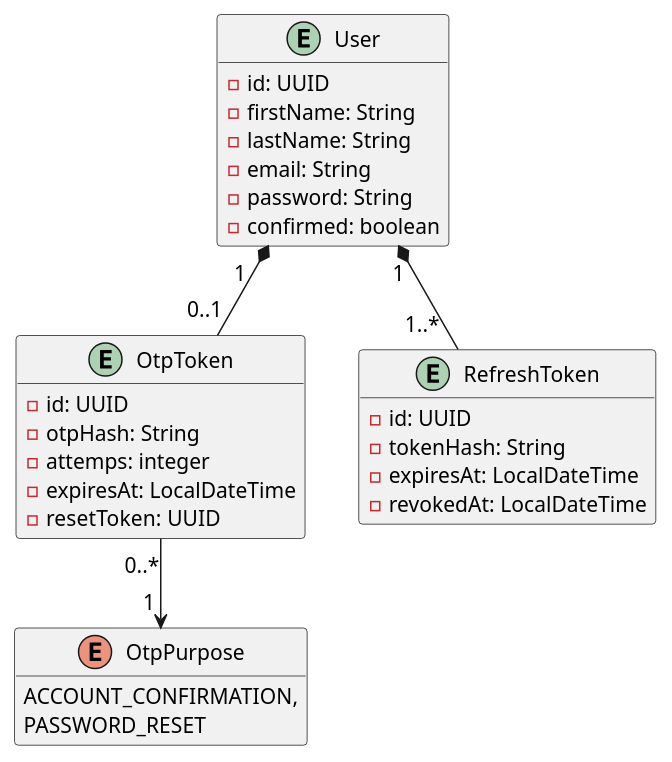
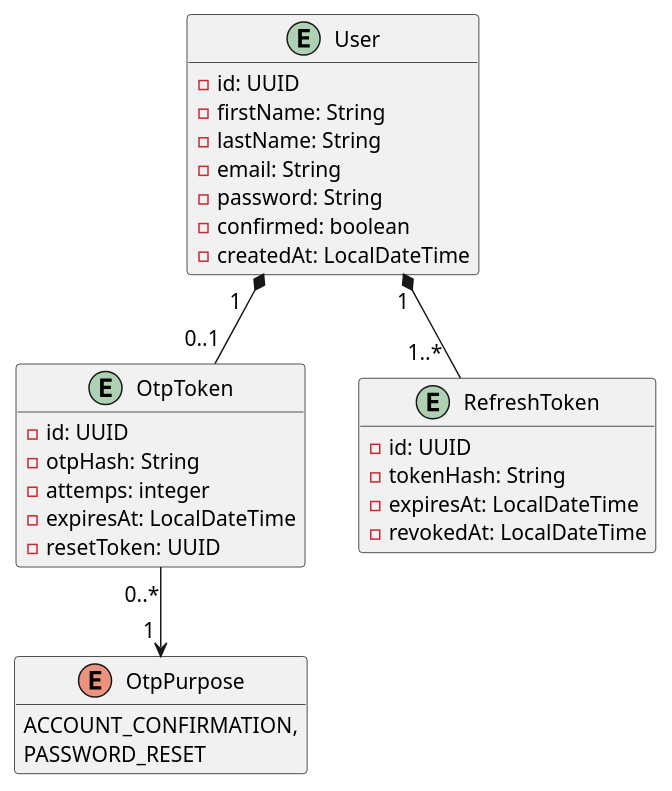
The diagram in assets/Identity_diagram.puml (ArmandoEnrique1010K/TrelloMicroservices), drawn with PlantUML before and after one commit. The commit also changed 1 other file, not shown here.

Commit message:
Actualice las entidades del diagrama de dominio

```diff
--- a/assets/Identity_diagram.puml
+++ b/assets/Identity_diagram.puml
@@ -1,47 +1,48 @@
 @startuml Identity
 ' Oculta todos los métodos de todas las clases
 hide methods
 ' Tamaño de texto de los indices de multiplicidad
 skinparam ArrowFontSize 14
 
 entity User {
     - id: UUID
     - firstName: String
     - lastName: String
     - email: String
     - password: String
     - confirmed: boolean
+    - createdAt: LocalDateTime
 }
 
 entity OtpToken {
     - id: UUID
     - otpHash: String
     - attemps: integer
     - expiresAt: LocalDateTime
     - resetToken: UUID
 }
 
 entity RefreshToken {
     - id: UUID
     - tokenHash: String
     - expiresAt: LocalDateTime
     - revokedAt: LocalDateTime
 }
 
 enum OtpPurpose {
     ACCOUNT_CONFIRMATION,
     PASSWORD_RESET
 }
 
 'Se utiliza 1..* para indicar "uno a muchos", no se utiliza 1..n
 'El asterisco * va del lado de la clase "dueña" o contenedora.
 User "  1" *-- "1..*  " RefreshToken
 
 'El rombo relleno (*) indica que si el usuario se elimina, sus tokens asociados (RefreshToken y OtpToken) también se destruyen (Relación de Composición).
 User "1   " *-- "0..1" OtpToken
 
 'La flecha --> indica una relación de Navigabilidad Unidireccional (o simplemente asociación dirigida)
 'Muchos tokens (0..*) apuntan a un solo propósito (1).
 OtpToken "0..*" --> "1 " OtpPurpose
 
 @enduml
```
